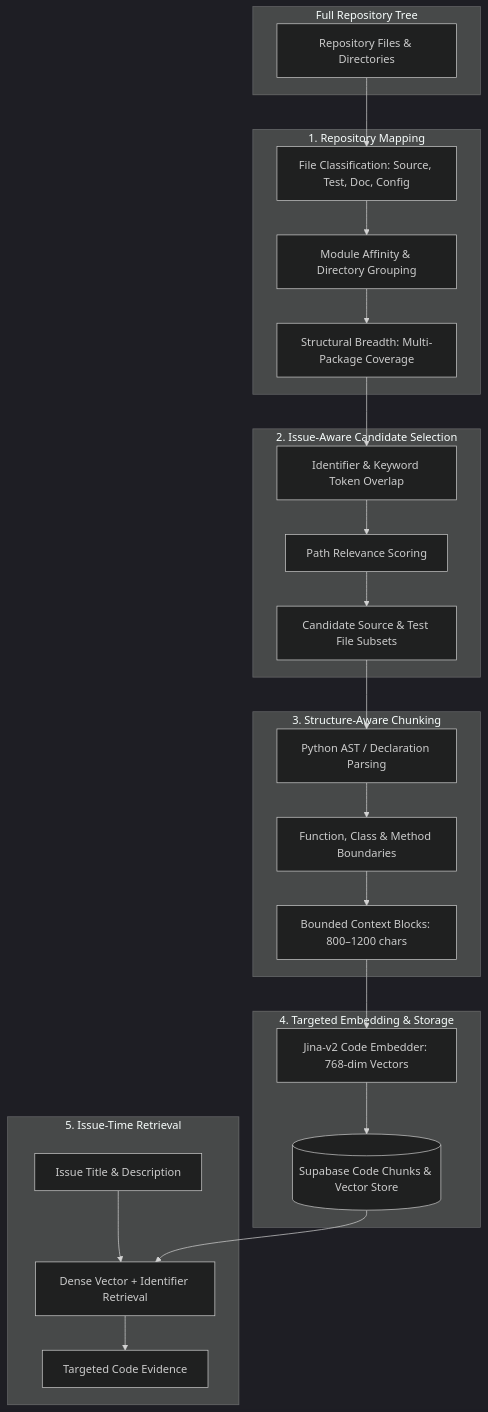
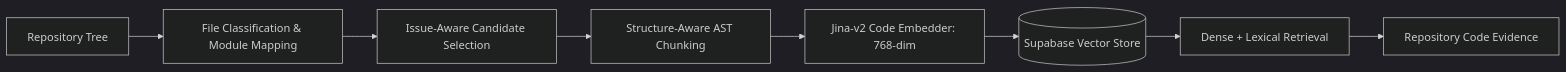
The second of 4 diagrams in README.md (sriharizz/gitnova), drawn with Mermaid (dark theme) before and after one commit. The commit also changed other lines of this file, not shown here.

Commit message:
docs: finalize horizontal architecture, RAG evaluation matrix, and shadow QLoRA evaluation in README

````diff
--- a/README.md
+++ b/README.md
@@ -80,35 +63,10 @@
 ```mermaid
-flowchart TD
-    subgraph RepoTree ["Full Repository Tree"]
-        T[Repository Files & Directories]
-    end
-
-    subgraph MapPhase ["1. Repository Mapping"]
-        T --> M1[File Classification: Source, Test, Doc, Config]
-        M1 --> M2[Module Affinity & Directory Grouping]
-        M2 --> M3[Structural Breadth: Multi-Package Coverage]
-    end
-
-    subgraph CandidatePhase ["2. Issue-Aware Candidate Selection"]
-        M3 --> C1[Identifier & Keyword Token Overlap]
-        C1 --> C2[Path Relevance Scoring]
-        C2 --> C3[Candidate Source & Test File Subsets]
-    end
-
-    subgraph ChunkingPhase ["3. Structure-Aware Chunking"]
-        C3 --> CK1[Python AST / Declaration Parsing]
-        CK1 --> CK2[Function, Class & Method Boundaries]
-        CK2 --> CK3[Bounded Context Blocks: 800–1200 chars]
-    end
-
-    subgraph EmbedPhase ["4. Targeted Embedding & Storage"]
-        CK3 --> EM1[Jina-v2 Code Embedder: 768-dim Vectors]
-        EM1 --> EM2[(Supabase Code Chunks & Vector Store)]
-    end
-
-    subgraph QueryPhase ["5. Issue-Time Retrieval"]
-        Q[Issue Title & Description] --> RT[Dense Vector + Identifier Retrieval]
-        EM2 --> RT
-        RT --> EV[Targeted Code Evidence]
-    end
+flowchart LR
+    Tree[Repository Tree] --> Classify[File Classification & Module Mapping]
+    Classify --> Select[Issue-Aware Candidate Selection]
+    Select --> Chunk[Structure-Aware AST Chunking]
+    Chunk --> Embed[Jina-v2 Code Embedder: 768-dim]
+    Embed --> Store[(Supabase Vector Store)]
+    Store --> Retrieve[Dense + Lexical Retrieval]
+    Retrieve --> Evidence[Repository Code Evidence]
 ```
````
